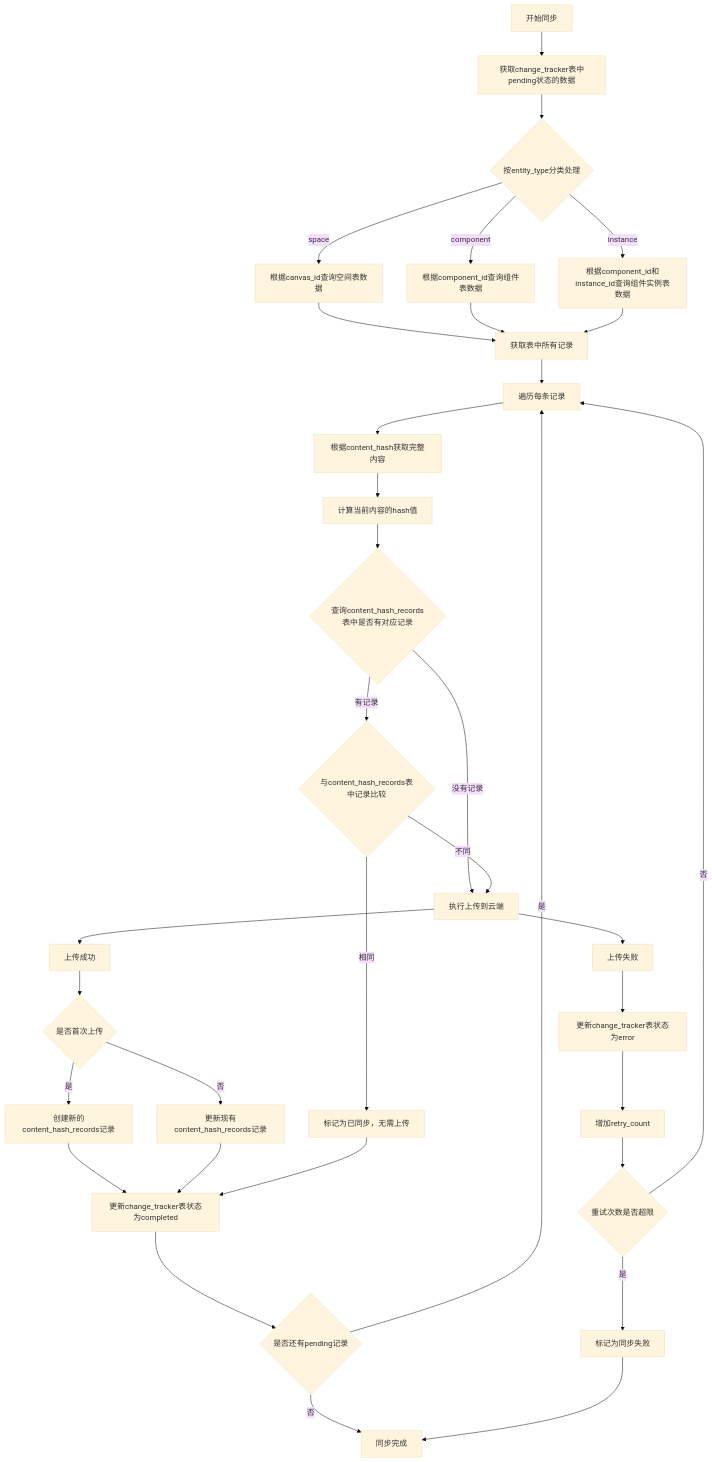
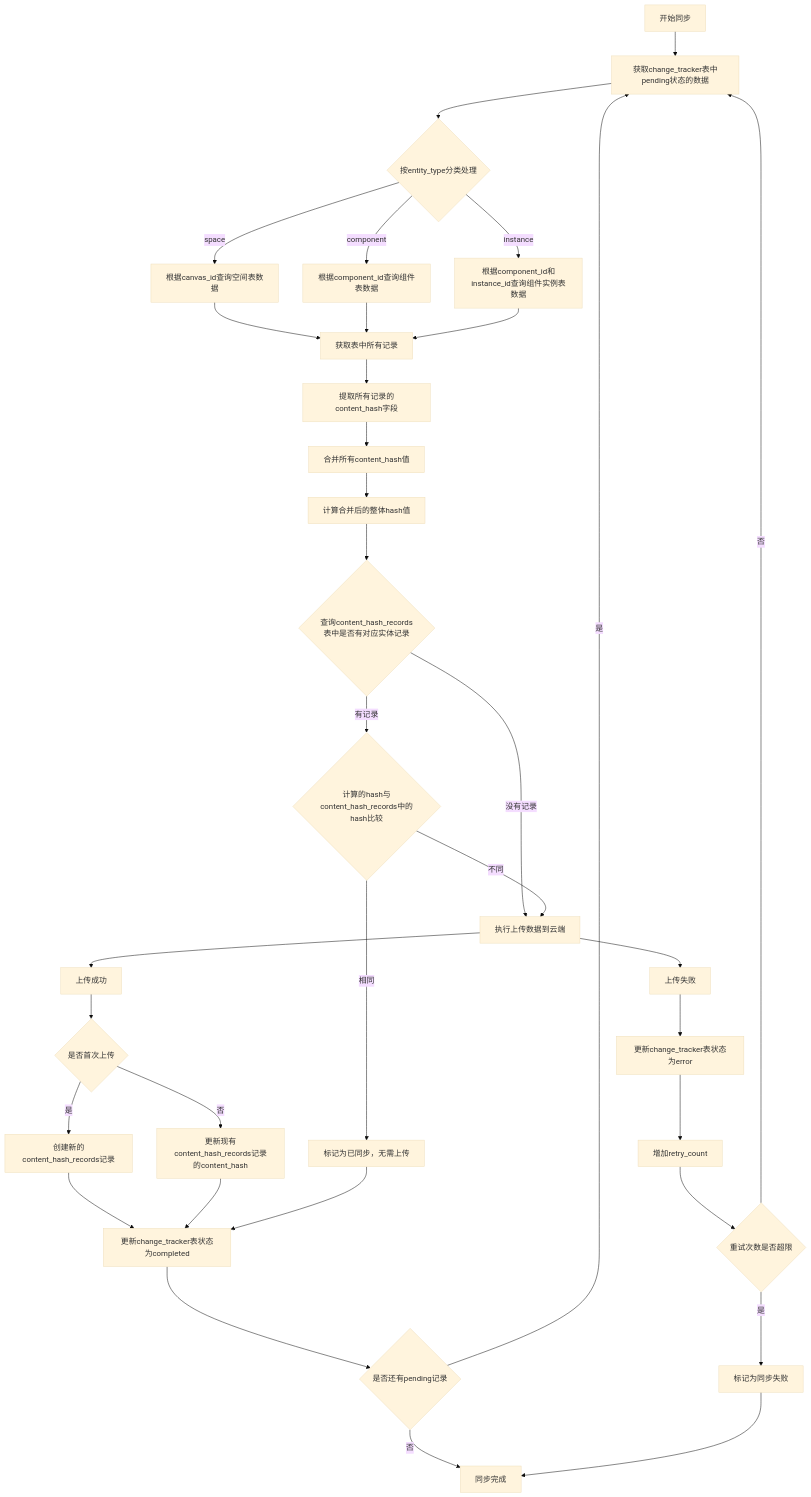
The diagram in all/未命名-43.md (yingjianzh/iodraw-files), drawn with Mermaid (base theme) before and after one commit.

Commit message:
2025-04-25 18:27:54 update

````diff
--- a/all/未命名-43.md
+++ b/all/未命名-43.md
@@ -1,46 +1,46 @@
 ```mermaid
 flowchart TD
     A[开始同步] --> B[获取change_tracker表中pending状态的数据]
     B --> C{按entity_type分类处理}
     
     C -->|space| D1[根据canvas_id查询空间表数据]
     C -->|component| D2[根据component_id查询组件表数据]
     C -->|instance| D3[根据component_id和instance_id查询组件实例表数据]
     
-    D1 --> E[获取表中所有记录]
-    D2 --> E
-    D3 --> E
+    D1 --> E1[获取表中所有记录]
+    D2 --> E1
+    D3 --> E1
     
-    E --> F[遍历每条记录]
-    F --> G[根据content_hash获取完整内容]
-    G --> H[计算当前内容的hash值]
+    E1 --> E2[提取所有记录的content_hash字段]
+    E2 --> E3[合并所有content_hash值]
+    E3 --> E4[计算合并后的整体hash值]
     
-    H --> I1{查询content_hash_records表中是否有对应记录}
-    I1 -->|没有记录| K[执行上传到云端]
-    I1 -->|有记录| I2{与content_hash_records表中记录比较}
+    E4 --> I1{查询content_hash_records表中是否有对应实体记录}
+    I1 -->|没有记录| K[执行上传数据到云端]
+    I1 -->|有记录| I2{计算的hash与content_hash_records中的hash比较}
     I2 -->|相同| J[标记为已同步，无需上传]
     I2 -->|不同| K
     
     K --> L[上传成功]
     L --> M1{是否首次上传}
     M1 -->|是| M2[创建新的content_hash_records记录]
-    M1 -->|否| M3[更新现有content_hash_records记录]
+    M1 -->|否| M3[更新现有content_hash_records记录的content_hash]
     
     M2 --> N[更新change_tracker表状态为completed]
     M3 --> N
     
     J --> N
     
     N --> O{是否还有pending记录}
-    O -->|是| F
+    O -->|是| B
     O -->|否| P[同步完成]
     
     K --> Q[上传失败]
     Q --> R[更新change_tracker表状态为error]
     R --> S[增加retry_count]
     S --> T{重试次数是否超限}
     T -->|是| U[标记为同步失败]
-    T -->|否| F
+    T -->|否| B
     
     U --> P
 ```
````
